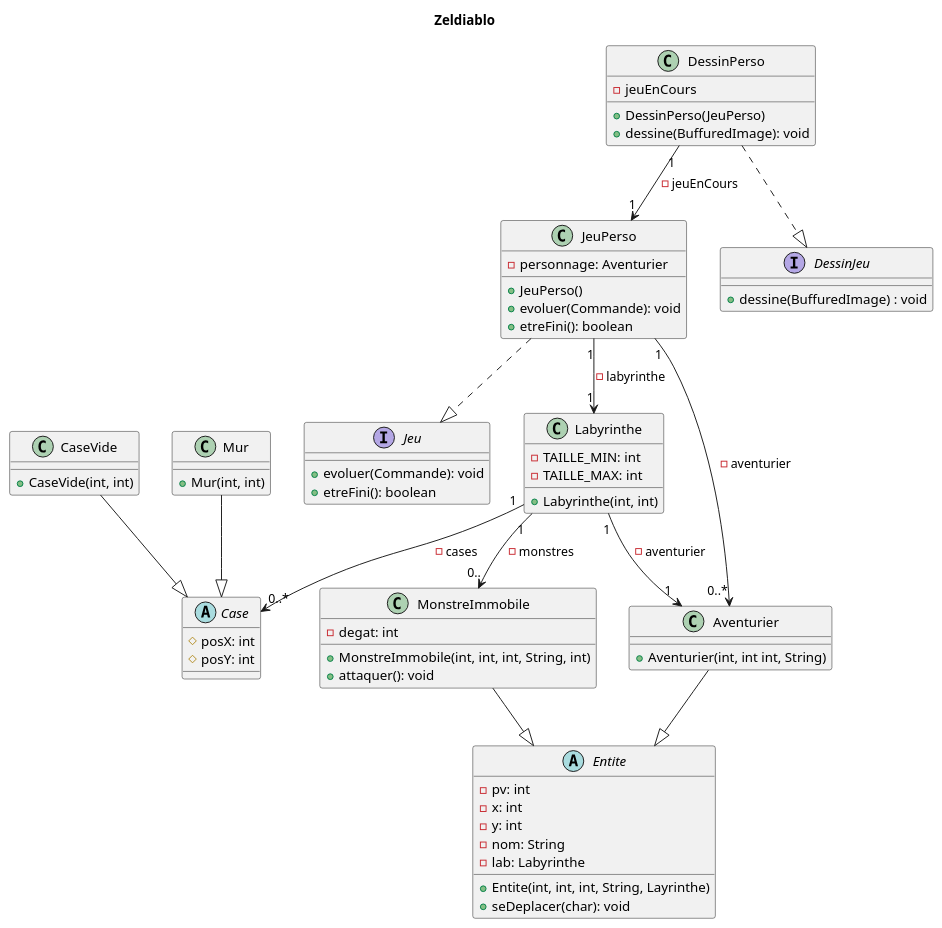
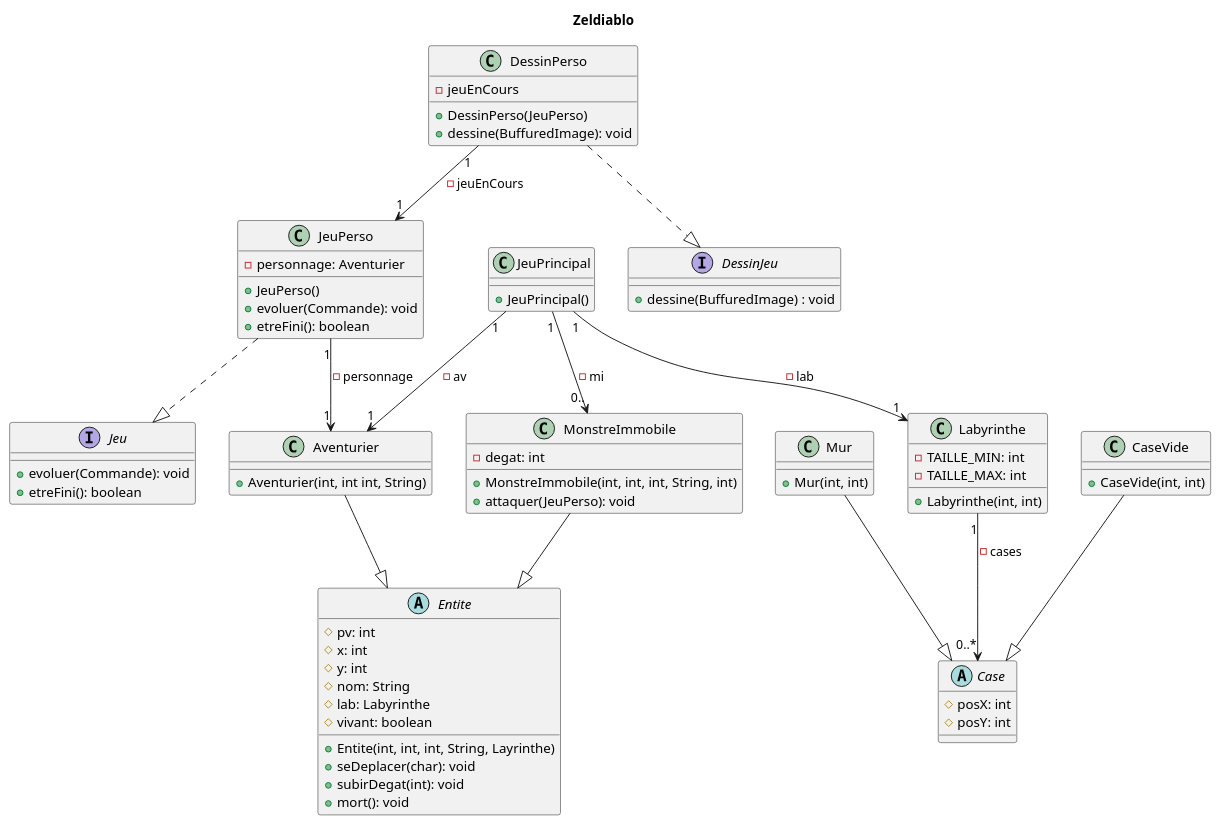
Before and after one commit to LoickNosal/2019_COO_Zeldiablo_Nosal9u_Demang146u_Sousa12u_Gsell5u: the diagram in documents/version_03/diagramme_class/diagrammeV3.wsd, drawn with PlantUML. The commit also changed 2 other files, not shown here.

Commit message:
Mise a jour diagramme de classe

```diff
--- a/documents/version_03/diagramme_class/diagrammeV3.wsd
+++ b/documents/version_03/diagramme_class/diagrammeV3.wsd
@@ -2,81 +2,88 @@
 @startuml 
 title Zeldiablo
 
 interface Jeu {
     +evoluer(Commande): void
     +etreFini(): boolean
+}
+
+class JeuPrincipal {
+    +JeuPrincipal()
 }
 
 class JeuPerso {
     -personnage: Aventurier
     +JeuPerso()
     +evoluer(Commande): void
     +etreFini(): boolean
 }
 
 interface DessinJeu {
     +dessine(BuffuredImage) : void
 }
 
 class DessinPerso {
     -jeuEnCours
     +DessinPerso(JeuPerso)
     +dessine(BuffuredImage): void
 }
 
 class Labyrinthe {
     -TAILLE_MIN: int
     -TAILLE_MAX: int
     +Labyrinthe(int, int)
 }
 
 class MonstreImmobile {
     -degat: int
-    
+
     +MonstreImmobile(int, int, int, String, int)
-    +attaquer(): void
+    +attaquer(JeuPerso): void
 }
 
 abstract Case {
     #posX: int
     #posY: int
 }
 
 class CaseVide {
     +CaseVide(int, int)
 }
 
 class Mur {
     +Mur(int, int)
 }
 
 abstract Entite {
-    -pv: int
-    -x: int
-    -y: int
-    -nom: String
-    -lab: Labyrinthe
+    #pv: int
+    #x: int
+    #y: int
+    #nom: String
+    #lab: Labyrinthe
+    #vivant: boolean
 
     +Entite(int, int, int, String, Layrinthe)
     +seDeplacer(char): void
+    +subirDegat(int): void
+    +mort(): void
 }
 
 class Aventurier {
     +Aventurier(int, int int, String)
 }
 
-JeuPerso "1" --> "1" Labyrinthe : -labyrinthe
+JeuPrincipal "1" --> "1" Labyrinthe : -lab
+JeuPrincipal "1" --> "1" Aventurier : -av
+JeuPrincipal "1" --> "0.." MonstreImmobile : -mi
+JeuPerso "1" --> "1" Aventurier : -personnage
 DessinPerso "1" --> "1" JeuPerso : -jeuEnCours
 Labyrinthe "1" --> "0..*" Case : -cases
-JeuPerso "1" --> "0..*" Aventurier : -aventurier
-Labyrinthe "1" --> "1" Aventurier : -aventurier
-Labyrinthe "1" --> "0.." MonstreImmobile: -monstres
 
 JeuPerso ..|> Jeu
 DessinPerso ..|> DessinJeu
 CaseVide --|> Case
 Mur --|> Case
 Aventurier --|> Entite
 MonstreImmobile --|> Entite
 
 @enduml
```
